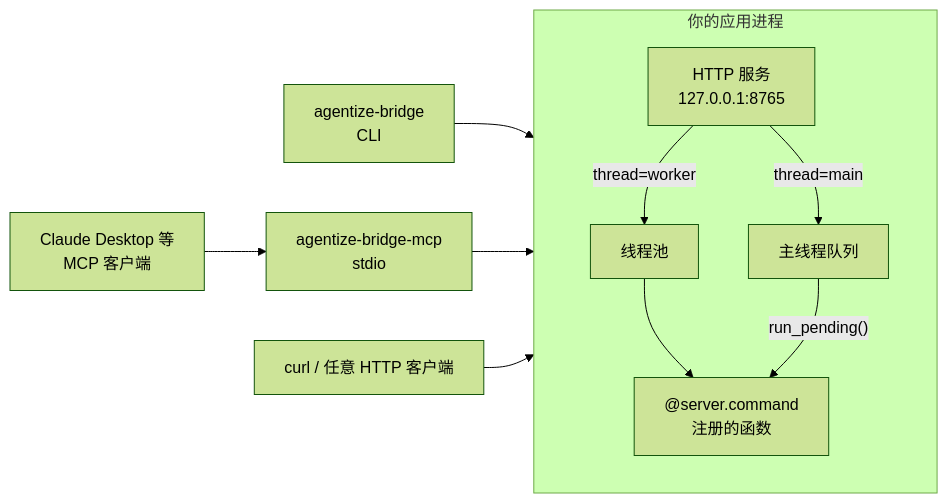
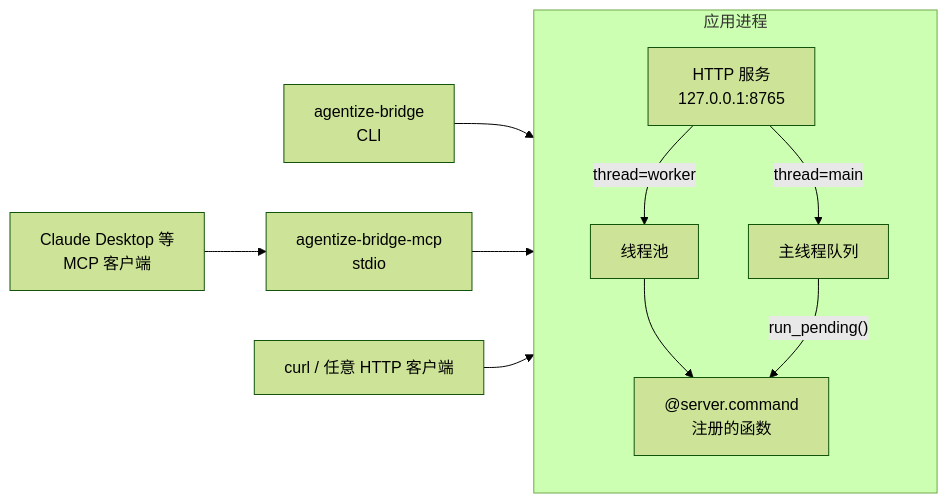
The diagram in README.md (ewoaoo/agentize-bridge), drawn with Mermaid (forest theme) before and after one commit. The commit also changed other lines of this file and 10 other files, not shown here.

````diff
--- a/README.md
+++ b/README.md
@@ -20,17 +21,17 @@
 ```mermaid
 flowchart LR
-    subgraph app["你的应用进程"]
+    subgraph app["应用进程"]
         direction TB
         http["HTTP 服务<br/>127.0.0.1:8765"]
         pool["线程池"]
         queue["主线程队列"]
         fn["@server.command<br/>注册的函数"]
         http -- "thread=worker" --> pool --> fn
         http -- "thread=main" --> queue -- "run_pending()" --> fn
     end
 
     cli["agentize-bridge<br/>CLI"] --> http
     mcp["agentize-bridge-mcp<br/>stdio"] --> http
     host["Claude Desktop 等<br/>MCP 客户端"] --> mcp
     any["curl / 任意 HTTP 客户端"] --> http
 ```
````
